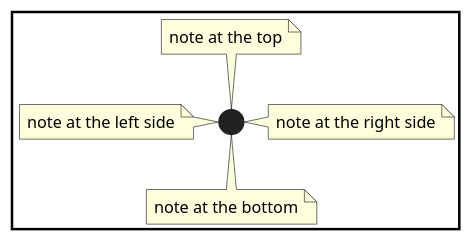
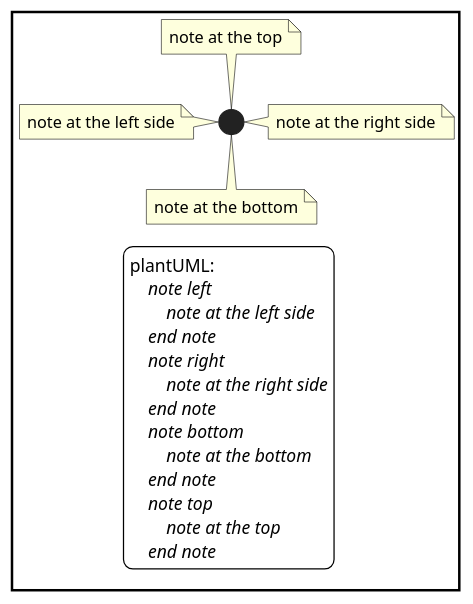
Before and after one commit to chraxo/UmlMarkdownCheatSheet: the third of 31 diagrams in uml_markdown_summary.md, drawn with PlantUML. The commit also changed other lines of this file, not shown here.

Commit message:
uml_markdown_summary: Improve plantUml Basics

```diff
--- a/uml_markdown_summary.md
+++ b/uml_markdown_summary.md
@@ -284,20 +284,39 @@
 @startuml
+    skinparam legendFontName Consolas
+    skinparam legendBackgroundColor white
+    ' skinparam legendBorderColor white
     skinparam DiagramBorderColor black
     skinparam DiagramBorderThickness 2
 
     note left
         note at the left side
     end note
 
     note right
         note at the right side
     end note
 
     note bottom
         note at the bottom
     end note
 
     note top
         note at the top
     end note
+
+legend
+plantUML:
+    //note left//
+        //note at the left side//
+    //end note//
+    //note right//
+        //note at the right side//
+    //end note//
+    //note bottom//
+        //note at the bottom//
+    //end note//
+    //note top//
+        //note at the top//
+    //end note//
+end legend
 @enduml
```
